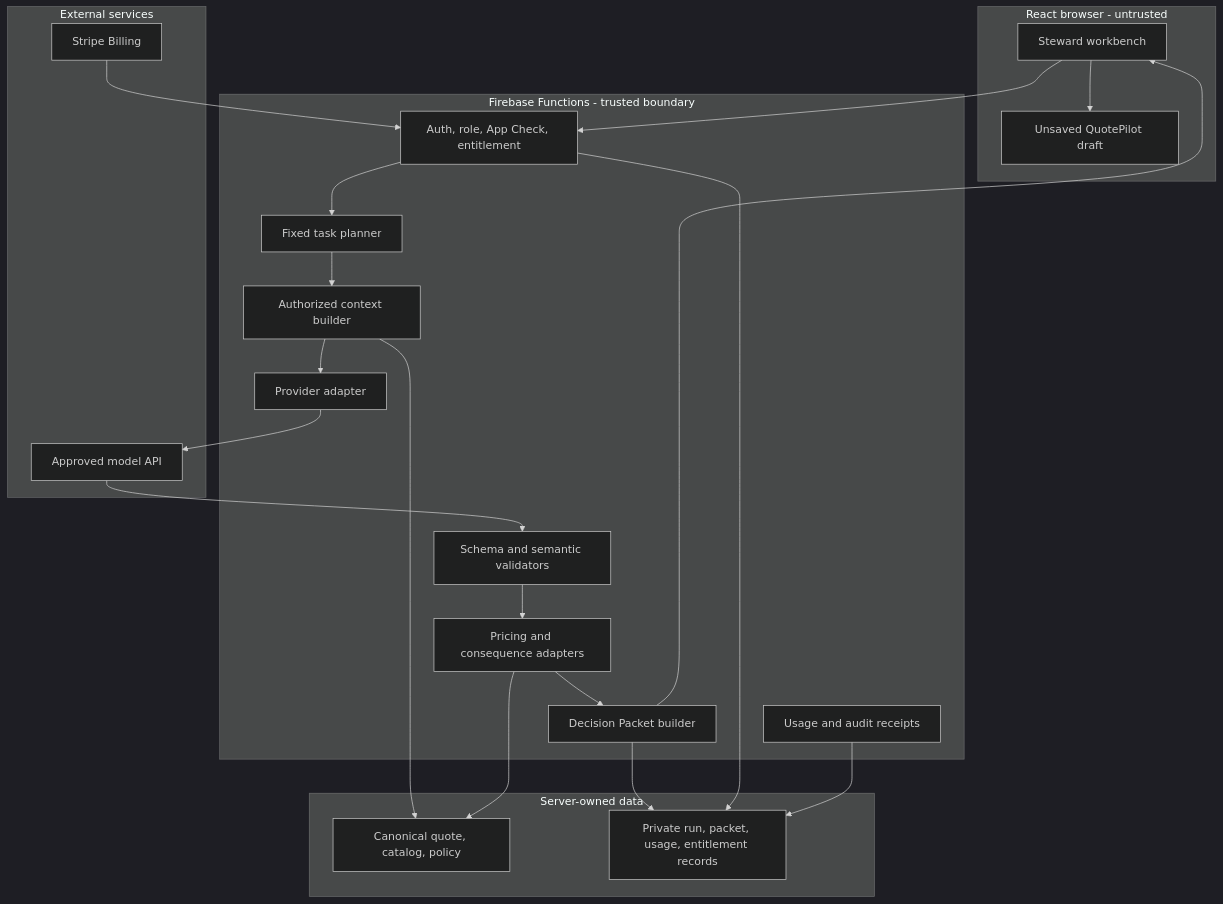
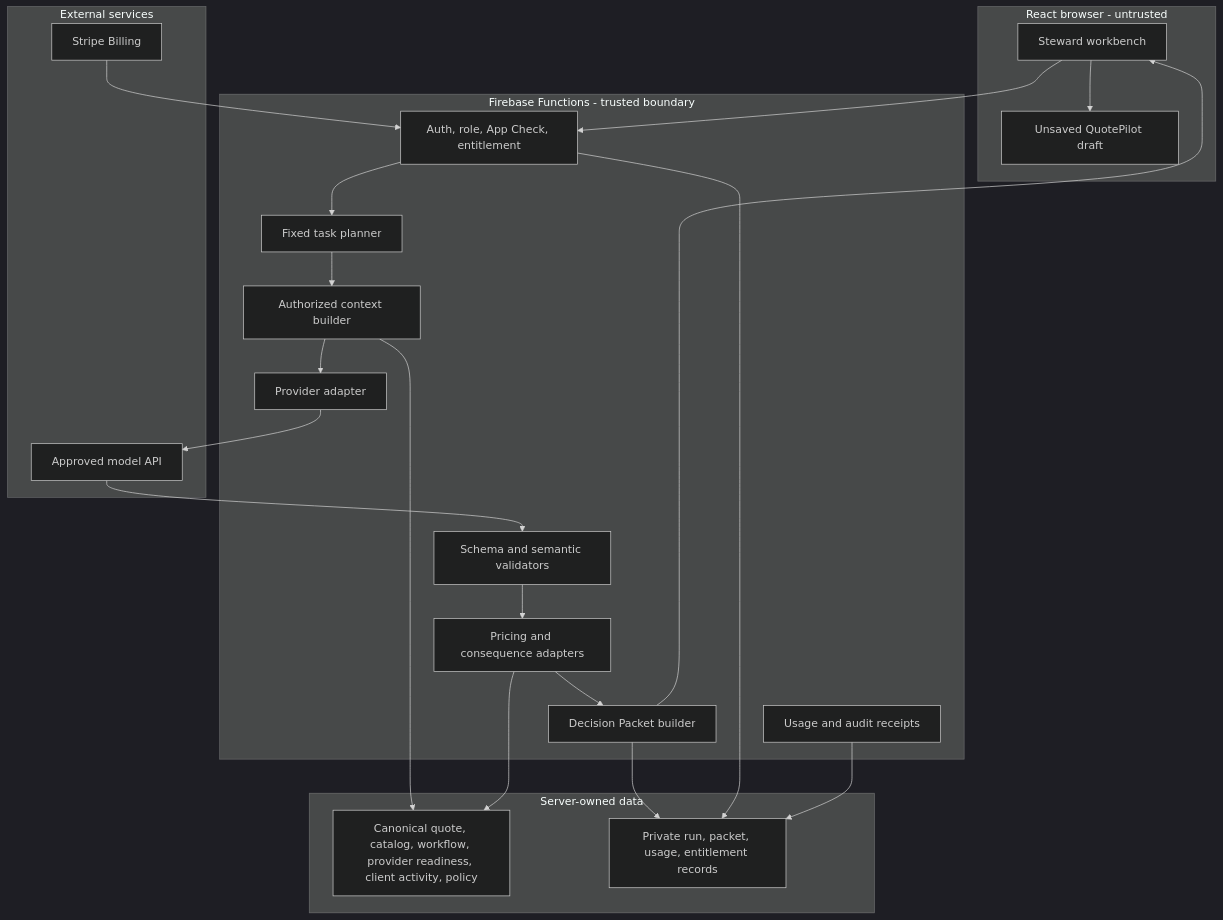
The first of 2 diagrams in docs/STEWARD_DESIGN.md (TOTALLYMAJOR/QuotePilot), drawn with Mermaid (dark theme) before and after one commit. The commit also changed other lines of this file and 100 other files, not shown here.

````diff
--- a/docs/STEWARD_DESIGN.md
+++ b/docs/STEWARD_DESIGN.md
@@ -69,41 +143,41 @@
 ```mermaid
 flowchart TB
   subgraph Browser[React browser - untrusted]
     UI[Steward workbench]
     Draft[Unsaved QuotePilot draft]
   end
   subgraph Firebase[Firebase Functions - trusted boundary]
     Auth[Auth, role, App Check, entitlement]
     Plan[Fixed task planner]
     Context[Authorized context builder]
     Provider[Provider adapter]
     Validate[Schema and semantic validators]
     Consequence[Pricing and consequence adapters]
     Packet[Decision Packet builder]
     Audit[Usage and audit receipts]
   end
   subgraph Stores[Server-owned data]
-    Canon[Canonical quote, catalog, policy]
+    Canon[Canonical quote, catalog, workflow, provider readiness, client activity, policy]
     Private[Private run, packet, usage, entitlement records]
   end
   subgraph External[External services]
     Model[Approved model API]
     Billing[Stripe Billing]
   end
   UI --> Auth
   Auth --> Plan
   Plan --> Context
   Context --> Canon
   Context --> Provider
   Provider --> Model
   Model --> Validate
   Validate --> Consequence
   Consequence --> Canon
   Consequence --> Packet
   Packet --> Private
   Packet --> UI
   UI --> Draft
   Billing --> Auth
   Auth --> Private
   Audit --> Private
 ```
````
